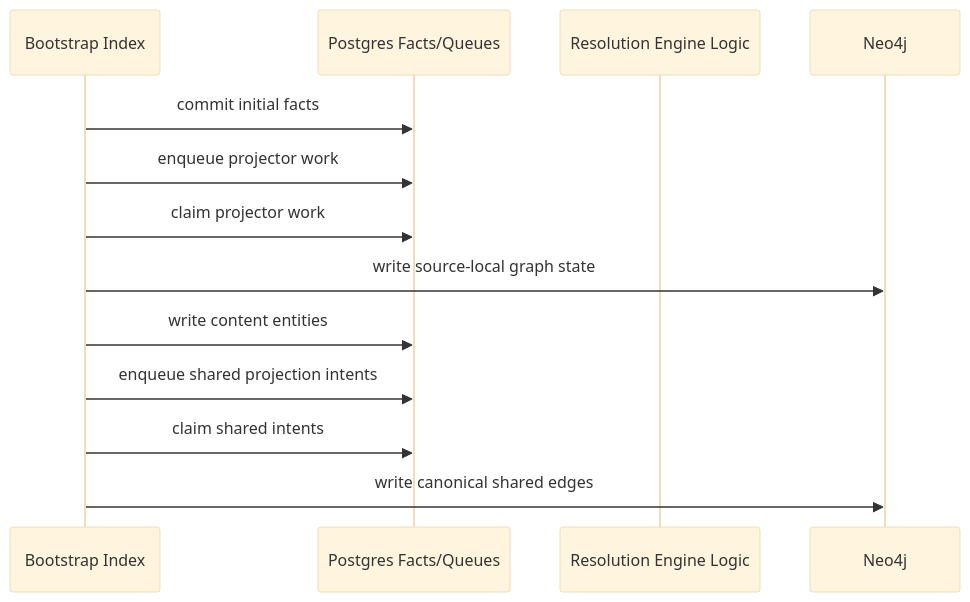
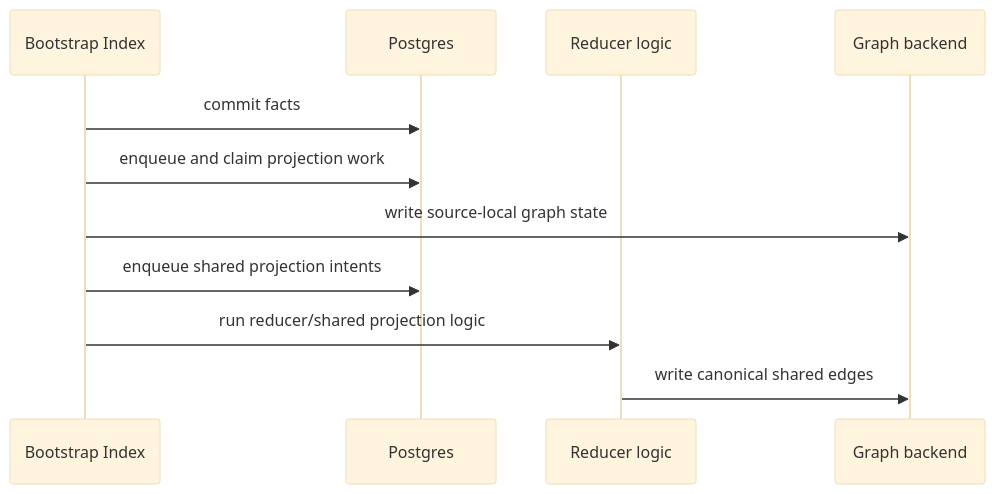
Before and after one commit to eshu-hq/eshu: the fourth of 5 diagrams in docs/public/reference/service-workflows.md, drawn with Mermaid (base theme). The commit also changed other lines of this file and 5 other files, not shown here.

````diff
--- a/docs/public/reference/service-workflows.md
+++ b/docs/public/reference/service-workflows.md
@@ -118,16 +101,14 @@
 ```mermaid
 sequenceDiagram
   participant Bootstrap as Bootstrap Index
-  participant Postgres as Postgres Facts/Queues
-  participant Reducer as Resolution Engine Logic
-  participant Neo4j
+  participant Pg as Postgres
+  participant Reducer as Reducer logic
+  participant Graph as Graph backend
 
-  Bootstrap->>Postgres: commit initial facts
-  Bootstrap->>Postgres: enqueue projector work
-  Bootstrap->>Postgres: claim projector work
-  Bootstrap->>Neo4j: write source-local graph state
-  Bootstrap->>Postgres: write content entities
-  Bootstrap->>Postgres: enqueue shared projection intents
-  Bootstrap->>Postgres: claim shared intents
-  Bootstrap->>Neo4j: write canonical shared edges
+  Bootstrap->>Pg: commit facts
+  Bootstrap->>Pg: enqueue and claim projection work
+  Bootstrap->>Graph: write source-local graph state
+  Bootstrap->>Pg: enqueue shared projection intents
+  Bootstrap->>Reducer: run reducer/shared projection logic
+  Reducer->>Graph: write canonical shared edges
 ```
````
